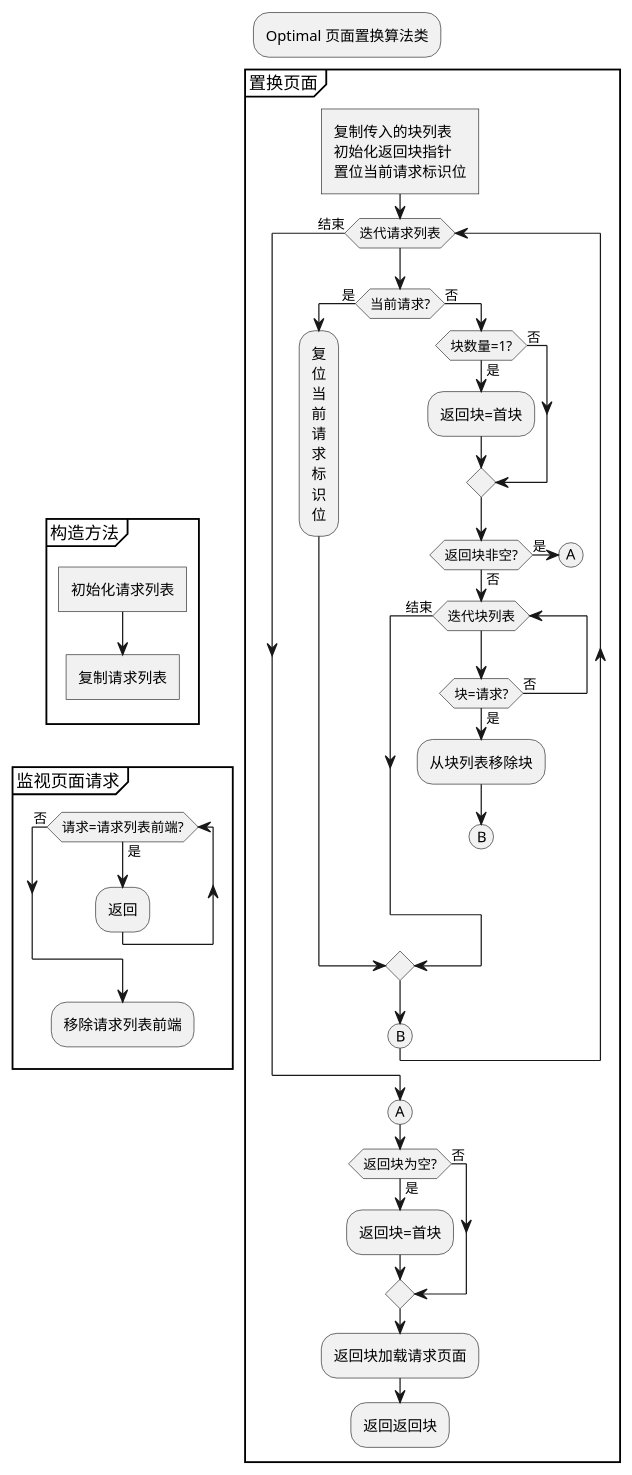
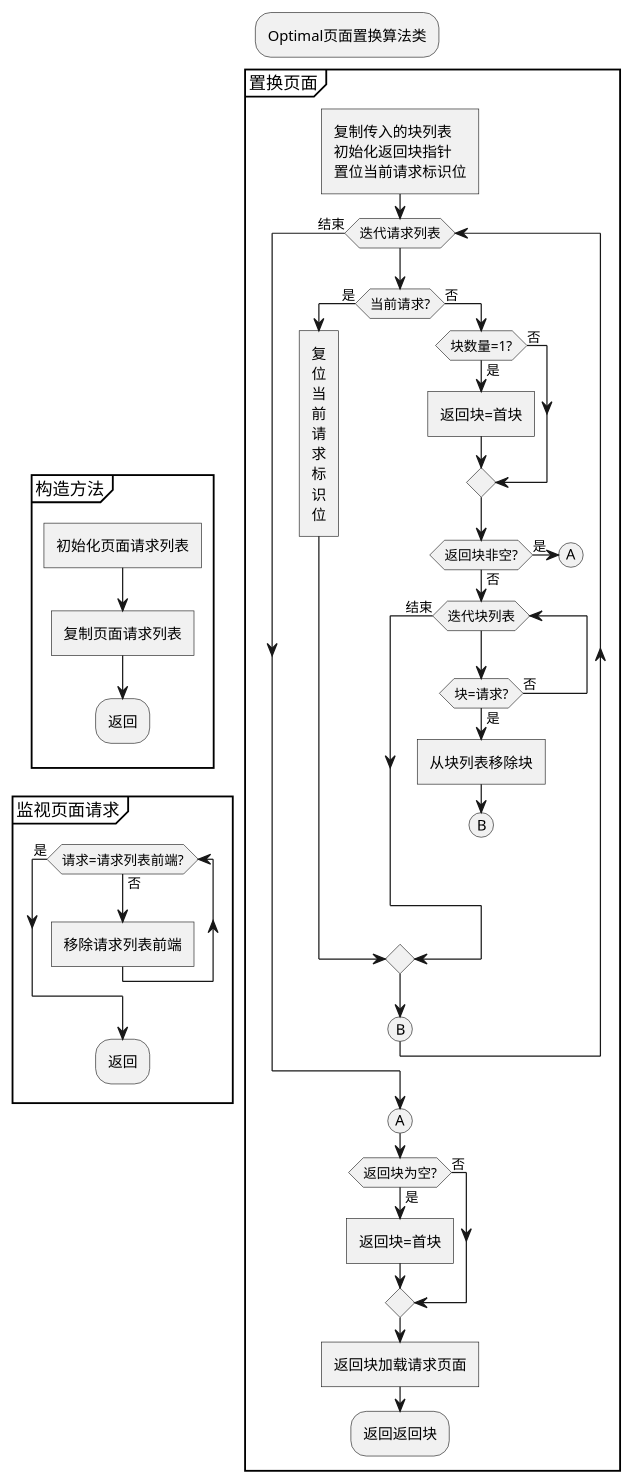
Before and after one commit to henryL1N/page-replace: the diagram in doc/optimalFlow.puml, drawn with PlantUML. The commit also changed 2 other files, not shown here.

```diff
--- a/doc/optimalFlow.puml
+++ b/doc/optimalFlow.puml
@@ -1,66 +1,67 @@
 @startuml
-:Optimal 页面置换算法类;
+:Optimal页面置换算法类;
 detach
 split
     -[hidden]->
     partition 构造方法 {
-        :初始化请求列表]
-        :复制请求列表]
+        :初始化页面请求列表]
+        :复制页面请求列表]
+        :返回;
         detach
     }
     partition 监视页面请求 {
-        while(请求=请求列表前端?)is(是)
-            :返回;
-        endwhile(否)
-        :移除请求列表前端;
+        while(请求=请求列表前端?)is(否)
+            :移除请求列表前端]
+        endwhile(是)
+        :返回;
         detach
     }
 split again
     -[hidden]->
     partition 置换页面 {
         :复制传入的块列表
         初始化返回块指针
         置位当前请求标识位]
         while(迭代请求列表)is( )
             if(当前请求?)then(是)
                 :复
                 位
                 当
                 前
                 请
                 求
                 标
                 识
-                位;
+                位]
             else(否)
                 if(块数量=1?)then(是)
-                    :返回块=首块;
+                    :返回块=首块]
                 else(否)
                 endif
                 if(返回块非空?)then(是)
                     (A)
                     detach
                 else(否)
                     while(迭代块列表)is( )
                         if(块=请求?)then(是)
-                            :从块列表移除块;
+                            :从块列表移除块]
                             (B)
                             detach
                         else(否)
                         endif
                     endwhile(结束)
                 endif
             endif
         (B)
         endwhile(结束)
         (A)
         if(返回块为空?)then(是)
-            :返回块=首块;
+            :返回块=首块]
         else(否)
         endif
-        :返回块加载请求页面;
+        :返回块加载请求页面]
         :返回返回块;
         detach
     }
 end split
 @enduml
```
